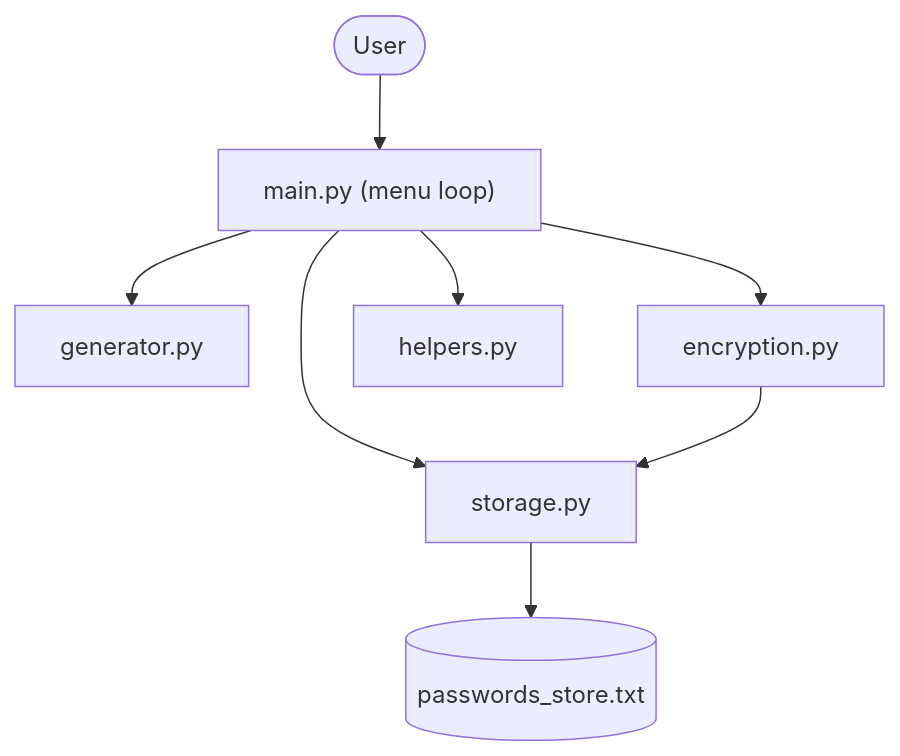
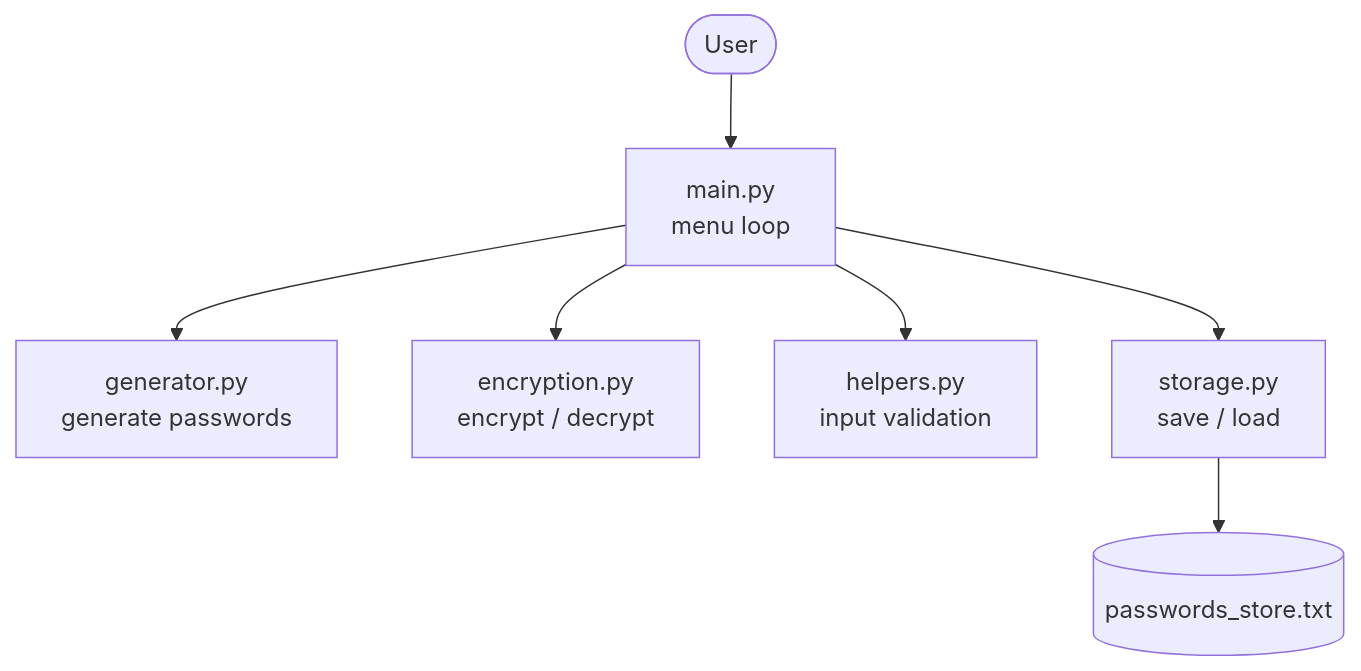
Before and after one commit to Chaitanya-Kalambkar/Password-Manager.VIT-Project: the first of 6 diagrams in Design.md, drawn with Mermaid. The commit also changed other lines of this file, not shown here.

First line of the commit message:
Revise objectives and update system diagrams

````diff
--- a/Design.md
+++ b/Design.md
@@ -46,10 +47,9 @@
 ```mermaid
-flowchart TB
-    User(["User"]) --> Main["main.py (menu loop)"]
-    Main --> Generator["generator.py"]
-    Main --> Encryption["encryption.py"]
-    Main --> Storage["storage.py"]
-    Main --> Helpers["helpers.py"]
+flowchart TD
+    User(["User"]) --> Main["main.py<br/>menu loop"]
+    Main --> Generator["generator.py<br/>generate passwords"]
+    Main --> Encryption["encryption.py<br/>encrypt / decrypt"]
+    Main --> Helpers["helpers.py<br/>input validation"]
+    Main --> Storage["storage.py<br/>save / load"]
     Storage --> DataFile[("passwords_store.txt")]
-    Encryption --> Storage
 ```
````
